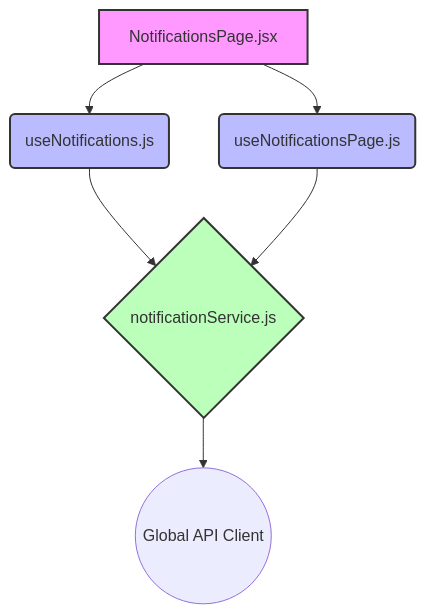
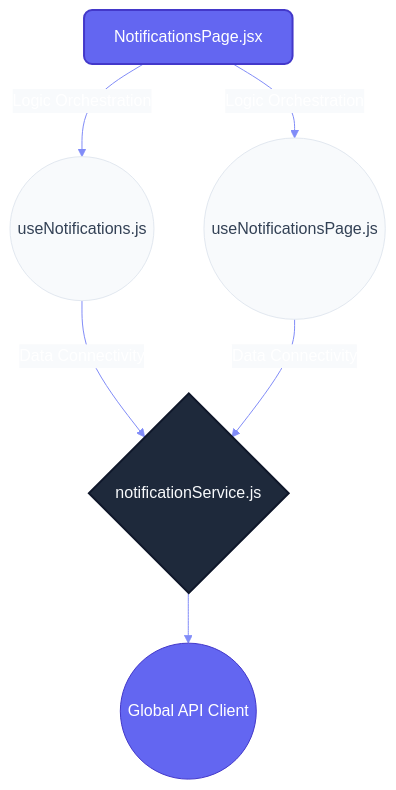
Before and after one commit to nexowebai/nexo-superadmin: the second of 2 diagrams in src/features/notifications/README.md, drawn with Mermaid. The commit also changed other lines of this file and 16 other files, not shown here.

````diff
--- a/src/features/notifications/README.md
+++ b/src/features/notifications/README.md
@@ -30,16 +36,17 @@
 ```mermaid
+%%{init: {'theme': 'base', 'themeVariables': { 'primaryColor': '#6366f1', 'primaryTextColor': '#fff', 'primaryBorderColor': '#4338ca', 'lineColor': '#818cf8', 'secondaryColor': '#f8fafc', 'tertiaryColor': '#e2e8f0'}}}%%
 graph TD
-    classDef page fill:#f9f,stroke:#333,stroke-width:2px;
-    classDef hook fill:#bbf,stroke:#333,stroke-width:2px;
-    classDef service fill:#bfb,stroke:#333,stroke-width:2px;
+    classDef page fill:#6366f1,stroke:#4338ca,stroke-width:2px,color:#fff,rx:8,ry:8;
+    classDef hook fill:#f8fafc,stroke:#e2e8f0,stroke-width:1px,color:#334155,rx:20,ry:20;
+    classDef service fill:#1e293b,stroke:#0f172a,stroke-width:2px,color:#f8fafc,rx:4,ry:4;
 
     NotificationsPage[NotificationsPage.jsx]:::page
-    NotificationsPage --> useNotifications
-    NotificationsPage --> useNotificationsPage
-    useNotifications(useNotifications.js):::hook
-    useNotifications --> notificationService
-    useNotificationsPage(useNotificationsPage.js):::hook
-    useNotificationsPage --> notificationService
+    NotificationsPage --"Logic Orchestration"--> useNotifications
+    NotificationsPage --"Logic Orchestration"--> useNotificationsPage
+    useNotifications((useNotifications.js)):::hook
+    useNotifications --"Data Connectivity"--> notificationService
+    useNotificationsPage((useNotificationsPage.js)):::hook
+    useNotificationsPage --"Data Connectivity"--> notificationService
     notificationService{notificationService.js}:::service
-    notificationService --> API_Client((Global API Client))
+    notificationService --> API_CORE((Global API Client))
 ```
````
